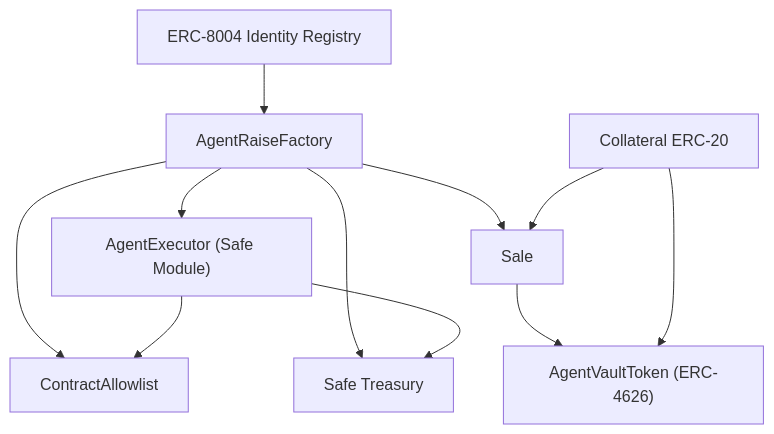
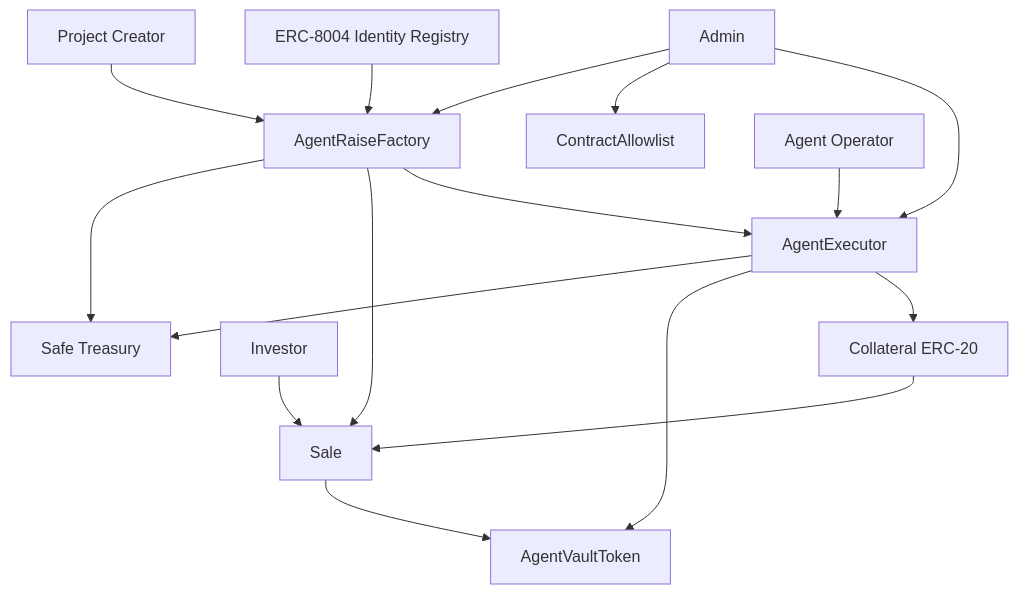
One commit to SirioApp/backed changed the diagram in README.md. Above: the diagram before and after it, drawn with Mermaid. The commit also changed other lines of this file and 4 other files, not shown here.

````diff
--- a/README.md
+++ b/README.md
@@ -27,15 +48,21 @@
 ```mermaid
 flowchart TD
-    IR["ERC-8004 Identity Registry"] --> ARF["AgentRaiseFactory"]
-    ARF --> SAFE["Safe Treasury"]
-    ARF --> SALE["Sale"]
-    ARF --> EXEC["AgentExecutor (Safe Module)"]
-    ARF --> AL["ContractAllowlist"]
+    Creator["Project Creator"] --> Factory["AgentRaiseFactory"]
+    Admin["Admin"] --> Factory
+    Admin --> Allowlist["ContractAllowlist"]
+    Admin --> Executor["AgentExecutor"]
 
-    SALE --> AVT["AgentVaultToken (ERC-4626)"]
-    COL["Collateral ERC-20"] --> SALE
-    COL --> AVT
+    Identity["ERC-8004 Identity Registry"] --> Factory
+    Factory --> Safe["Safe Treasury"]
+    Factory --> Sale["Sale"]
+    Factory --> Executor
 
-    EXEC --> SAFE
-    EXEC --> AL
+    Investor["Investor"] --> Sale
+    Collateral["Collateral ERC-20"] --> Sale
+    Sale --> Vault["AgentVaultToken"]
+
+    Operator["Agent Operator"] --> Executor
+    Executor --> Safe
+    Executor --> Vault
+    Executor --> Collateral
 ```
````
